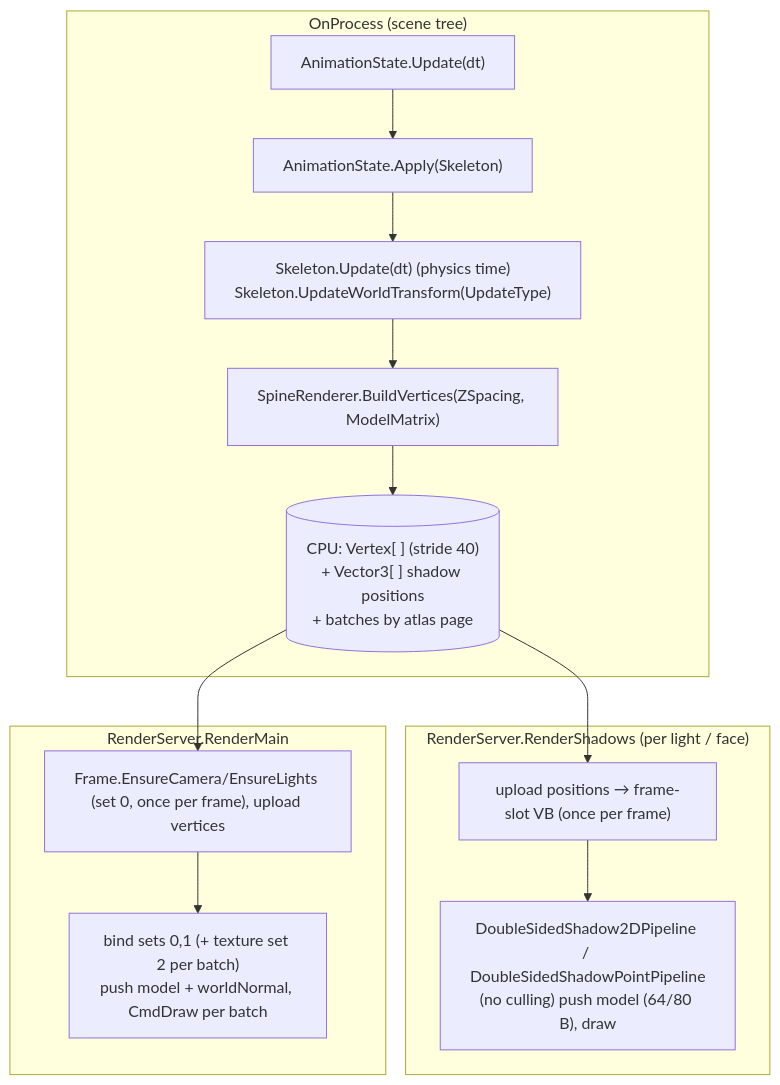
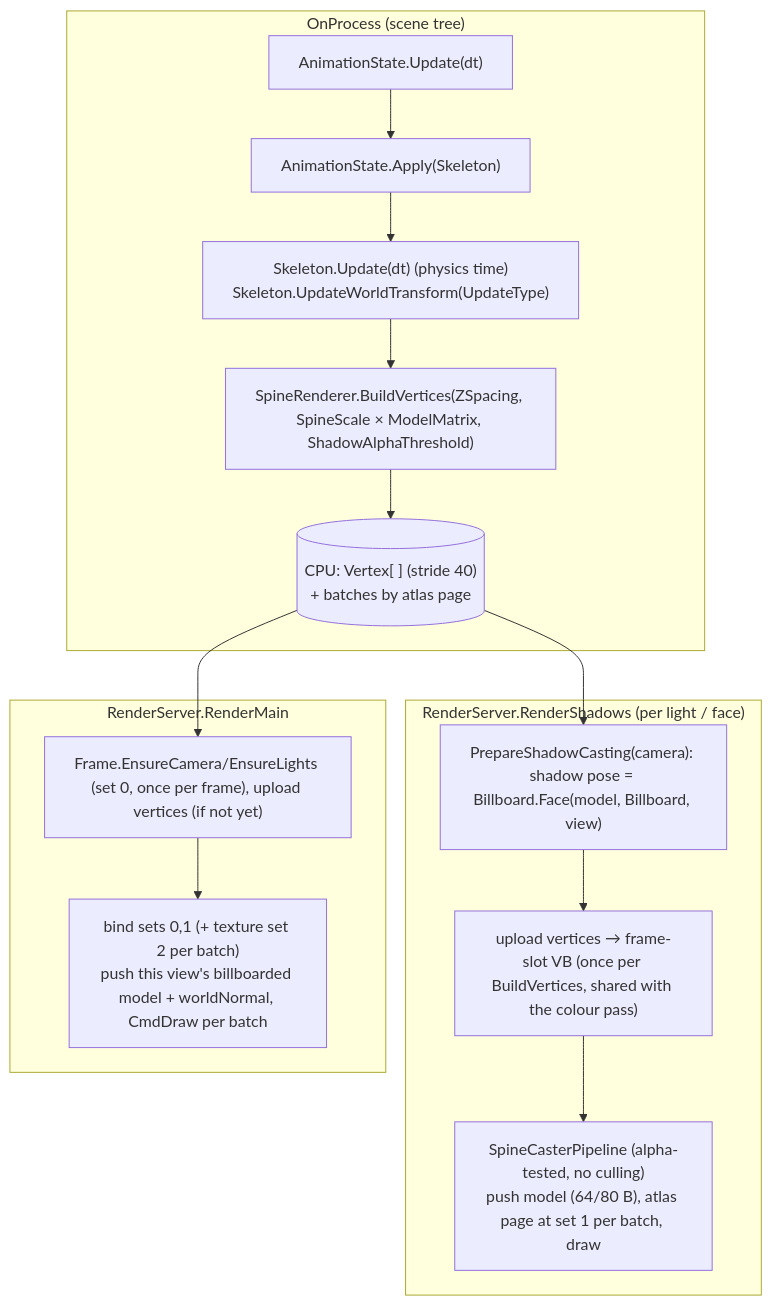
Before and after one commit to Mainframe-Games/mainframe-engine: the diagram in docs/design/spine.md, drawn with Mermaid. The commit also changed other lines of this file and 13 other files, not shown here.

First line of the commit message:
Docs and Demo: Spine alpha-tested shadows and billboards (ADR 0204)

````diff
--- a/docs/design/spine.md
+++ b/docs/design/spine.md
@@ -45,17 +48,18 @@
 ```mermaid
 flowchart TD
     subgraph Update["OnProcess (scene tree)"]
         U1["AnimationState.Update(dt)"] --> U2["AnimationState.Apply(Skeleton)"]
         U2 --> U3["Skeleton.Update(dt) (physics time)<br/>Skeleton.UpdateWorldTransform(UpdateType)"]
-        U3 --> U4["SpineRenderer.BuildVertices(ZSpacing, ModelMatrix)"]
-        U4 --> V[("CPU: Vertex[ ] (stride 40)<br/>+ Vector3[ ] shadow positions<br/>+ batches by atlas page")]
+        U3 --> U4["SpineRenderer.BuildVertices(ZSpacing, SpineScale × ModelMatrix, ShadowAlphaThreshold)"]
+        U4 --> V[("CPU: Vertex[ ] (stride 40)<br/>+ batches by atlas page")]
     end
     subgraph Shadow["RenderServer.RenderShadows (per light / face)"]
-        V --> S1["upload positions → frame-slot VB (once per frame)"]
-        S1 --> S2["DoubleSidedShadow2DPipeline / DoubleSidedShadowPointPipeline<br/>(no culling) push model (64/80 B), draw"]
+        V --> S0["PrepareShadowCasting(camera): shadow pose = Billboard.Face(model, Billboard, view)"]
+        S0 --> S1["upload vertices → frame-slot VB (once per BuildVertices, shared with the colour pass)"]
+        S1 --> S2["SpineCasterPipeline (alpha-tested, no culling)<br/>push model (64/80 B), atlas page at set 1 per batch, draw"]
     end
     subgraph Main["RenderServer.RenderMain"]
-        V --> M1["Frame.EnsureCamera/EnsureLights (set 0, once per frame), upload vertices"]
-        M1 --> M2["bind sets 0,1 (+ texture set 2 per batch)<br/>push model + worldNormal, CmdDraw per batch"]
+        V --> M1["Frame.EnsureCamera/EnsureLights (set 0, once per frame), upload vertices (if not yet)"]
+        M1 --> M2["bind sets 0,1 (+ texture set 2 per batch)<br/>push this view's billboarded model + worldNormal, CmdDraw per batch"]
     end
 ```
````
